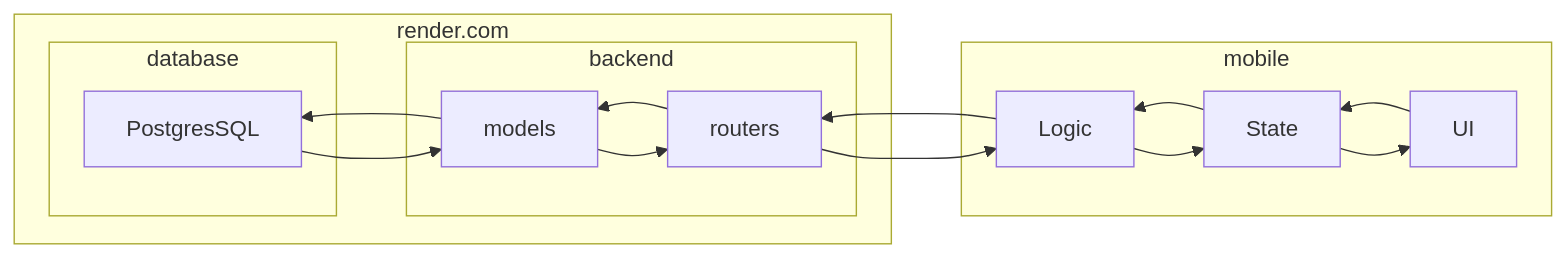
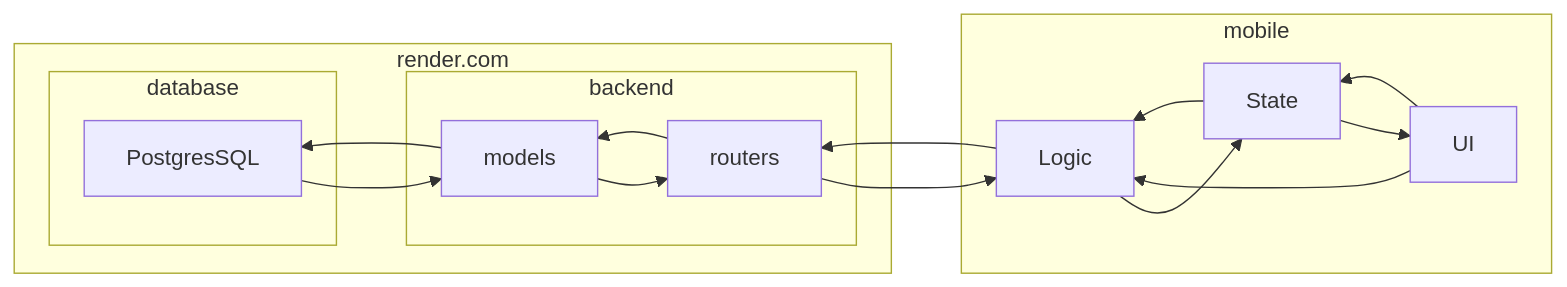
The second of 3 diagrams in README.md (DorYanay/SoluTrain-Mobile-APP), drawn with Mermaid before and after one commit.

````diff
--- a/README.md
+++ b/README.md
@@ -142,23 +142,24 @@
 ```mermaid
 flowchart RL
   subgraph mobile
     UI --> State --> Logic
+    UI --> Logic
   end
   Logic --> routers
   subgraph render.com
     subgraph backend
       routers --> models
     end
     subgraph database
       models --> PostgresSQL
       PostgresSQL --> models
     end
     subgraph backend
       models --> routers
     end
   end
   routers --> Logic
   subgraph mobile
     Logic --> State --> UI
   end
 ```
````
